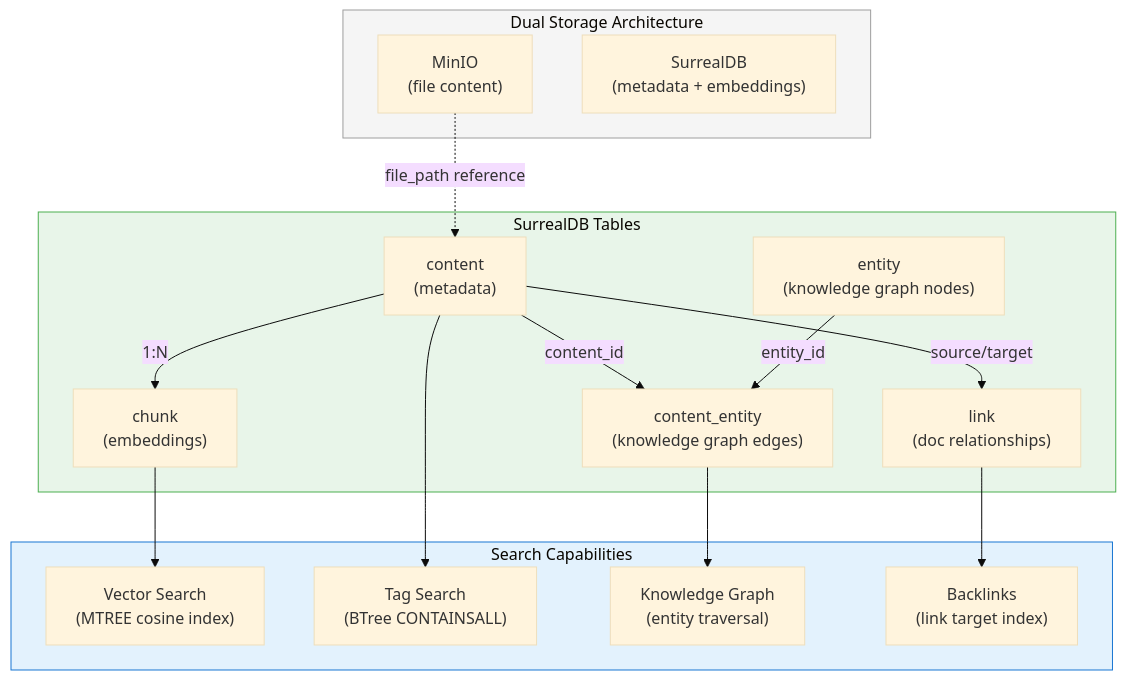
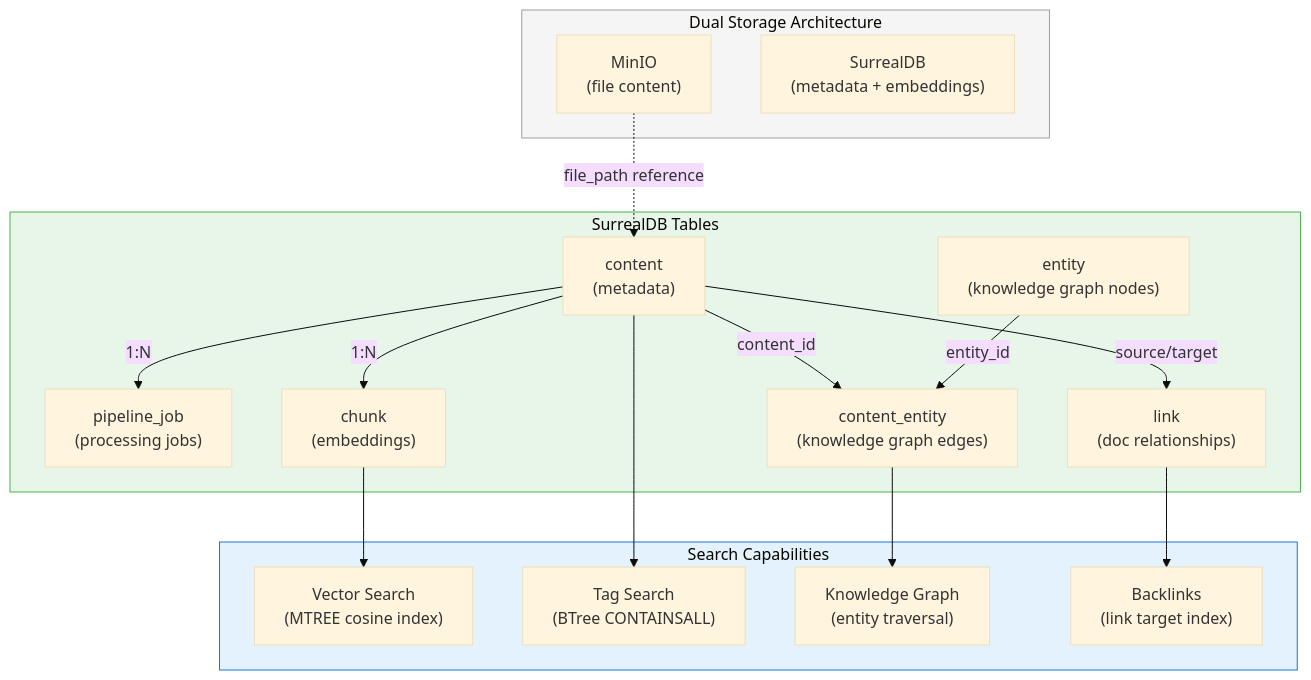
Before and after one commit to ilude/menos: the sixth of 8 diagrams in docs/schema.md, drawn with Mermaid (base theme). The commit also changed other lines of this file and 46 other files, not shown here.

````diff
--- a/docs/schema.md
+++ b/docs/schema.md
@@ -289,37 +330,39 @@
 ```mermaid
 flowchart TD
     subgraph Storage["Dual Storage Architecture"]
         MINIO["MinIO\n(file content)"]
         SURREAL["SurrealDB\n(metadata + embeddings)"]
     end
 
     subgraph Tables["SurrealDB Tables"]
         CT["content\n(metadata)"]
+        JB["pipeline_job\n(processing jobs)"]
         CH["chunk\n(embeddings)"]
         LK["link\n(doc relationships)"]
         EN["entity\n(knowledge graph nodes)"]
         CE["content_entity\n(knowledge graph edges)"]
     end
 
     MINIO -.->|"file_path reference"| CT
     CT -->|"1:N"| CH
+    CT -->|"1:N"| JB
     CT -->|"source/target"| LK
     CT -->|"content_id"| CE
     EN -->|"entity_id"| CE
 
     subgraph Search["Search Capabilities"]
         VS["Vector Search\n(MTREE cosine index)"]
         TS["Tag Search\n(BTree CONTAINSALL)"]
         KG["Knowledge Graph\n(entity traversal)"]
         BL["Backlinks\n(link target index)"]
     end
 
     CH --> VS
     CT --> TS
     CE --> KG
     LK --> BL
 
     style Storage fill:#f5f5f5,stroke:#9e9e9e
     style Tables fill:#e8f5e9,stroke:#4caf50
     style Search fill:#e3f2fd,stroke:#1976d2
 ```
````
